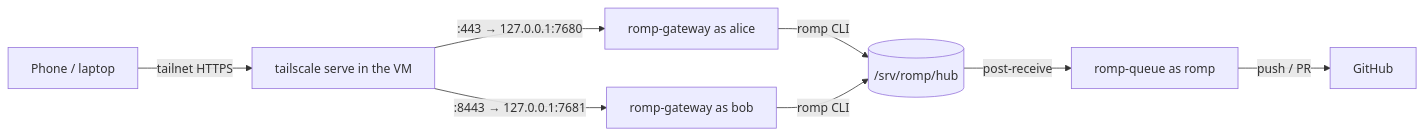
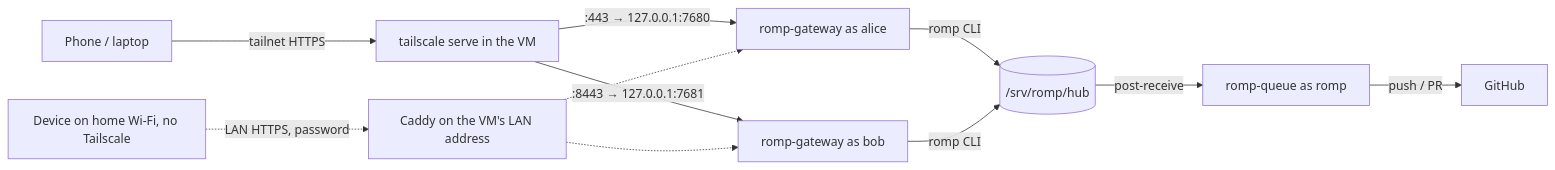
One commit to 3thanjmac/ROMP changed the diagram in docs/deploy.md. Above: the diagram before and after it, drawn with Mermaid. The commit also changed other lines of this file and 26 other files, not shown here.

````diff
--- a/docs/deploy.md
+++ b/docs/deploy.md
@@ -5,9 +5,11 @@
 ```mermaid
 flowchart LR
   P[Phone / laptop] -->|tailnet HTTPS| TS[tailscale serve in the VM]
+  L[Device on home Wi-Fi, no Tailscale] -.->|LAN HTTPS, password| C[Caddy on the VM's LAN address]
   TS -->|:443 → 127.0.0.1:7680| G1[romp-gateway as alice]
   TS -->|:8443 → 127.0.0.1:7681| G2[romp-gateway as bob]
+  C -.-> G1 & G2
   G1 & G2 -->|romp CLI| HUB[(/srv/romp/hub)]
   HUB -->|post-receive| Q[romp-queue as romp]
   Q -->|push / PR| GH[GitHub]
 ```
````
